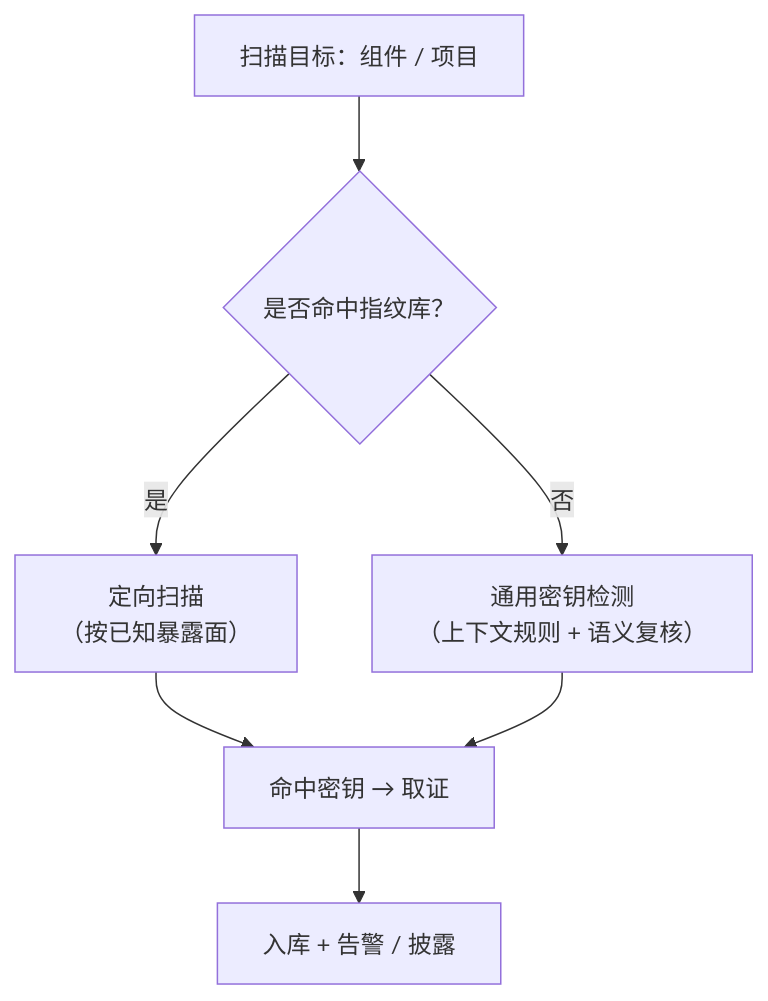
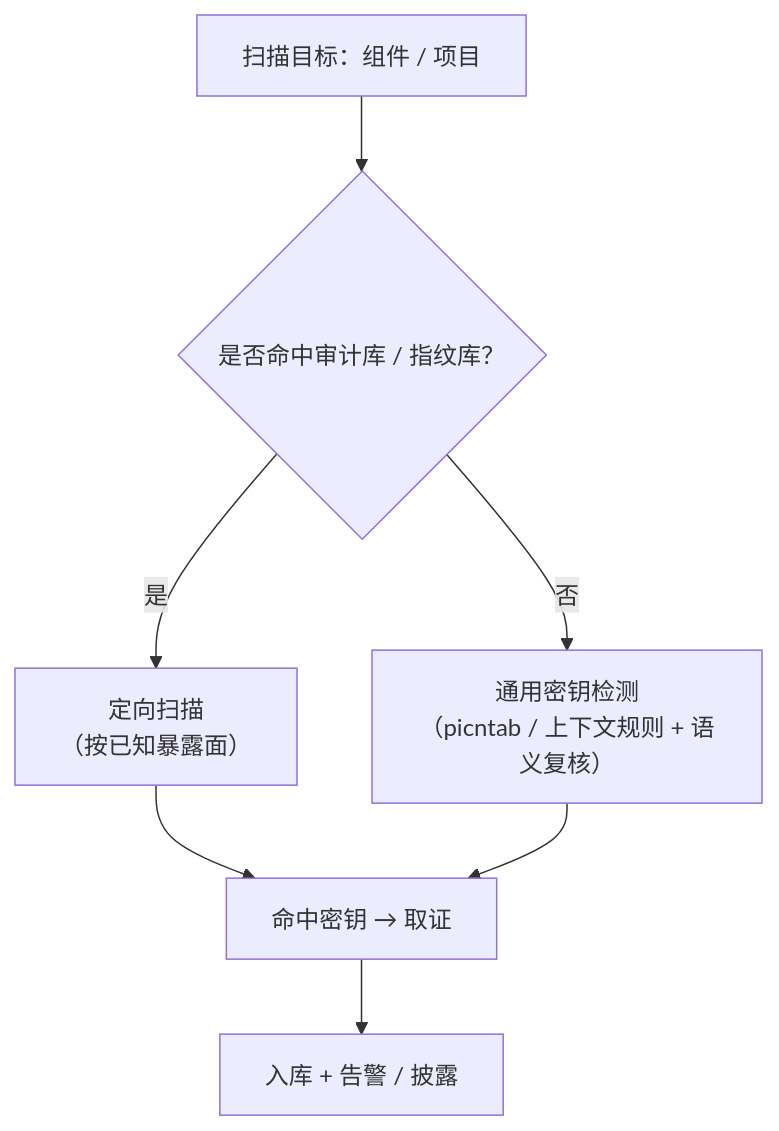
The second of 2 diagrams in docs/architecture.md (tajleonbennis-maker/SecretWatcher), drawn with Mermaid before and after one commit. The commit also changed other lines of this file, not shown here.

Commit message:
docs: add target architecture and migration path

````diff
--- a/docs/architecture.md
+++ b/docs/architecture.md
@@ -83,16 +102,16 @@
 ```mermaid
 flowchart TD
     S["扫描目标：组件 / 项目"]
-    D{"是否命中指纹库？"}
+    D{"是否命中审计库 / 指纹库？"}
     T["定向扫描<br/>（按已知暴露面）"]
-    P["通用密钥检测<br/>（上下文规则 + 语义复核）"]
+    P["通用密钥检测<br/>（picntab / 上下文规则 + 语义复核）"]
     R["命中密钥 → 取证"]
     O["入库 + 告警 / 披露"]
 
     S --> D
     D -- 是 --> T
     D -- 否 --> P
     T --> R
     P --> R
     R --> O
 ```
````
